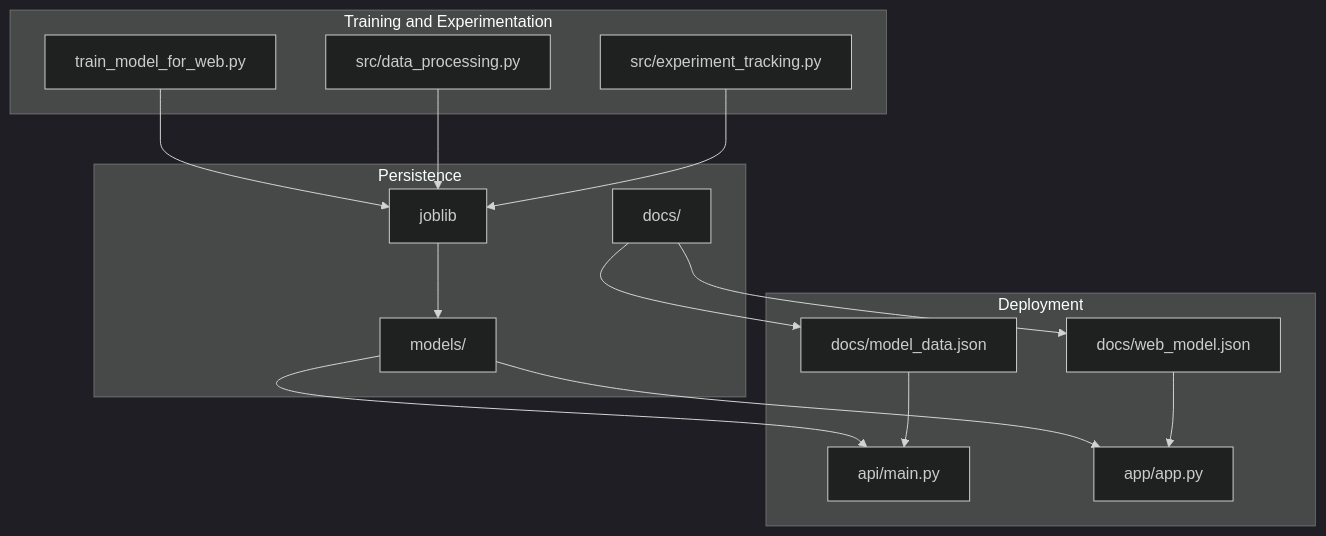
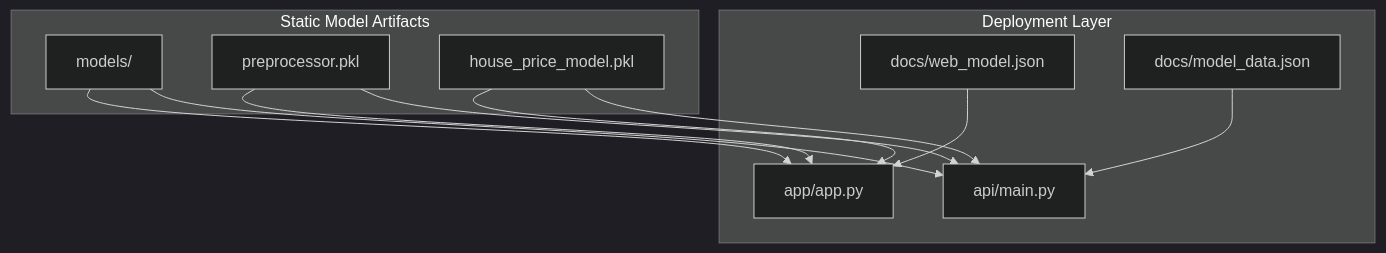
Before and after one commit to tashkirrr/housing-price-prediction: the first of 7 diagrams in .qoder/repowiki/en/content/Model Management.md, drawn with Mermaid (dark theme). The commit also changed other lines of this file and 9 other files, not shown here.

First line of the commit message:
refactor(docs): restructure docs for static website deployment

````diff
--- a/.qoder/repowiki/en/content/Model Management.md
+++ b/.qoder/repowiki/en/content/Model Management.md
@@ -51,29 +59,22 @@
 ```mermaid
 graph TB
-subgraph "Training and Experimentation"
-T1["train_model_for_web.py"]
-DP["src/data_processing.py"]
-ET["src/experiment_tracking.py"]
+subgraph "Static Model Artifacts"
+MODELS["models/"]
+PREPROC["preprocessor.pkl"]
+MODEL["house_price_model.pkl"]
 end
-subgraph "Persistence"
-JOB["joblib"]
-MODELS_DIR["models/"]
-DOCS["docs/"]
-end
-subgraph "Deployment"
+subgraph "Deployment Layer"
 API["api/main.py"]
 APP["app/app.py"]
 WEB["docs/web_model.json"]
 META["docs/model_data.json"]
 end
-T1 --> JOB
-DP --> JOB
-ET --> JOB
-JOB --> MODELS_DIR
-MODELS_DIR --> API
-MODELS_DIR --> APP
-DOCS --> WEB
-DOCS --> META
+MODELS --> API
+MODELS --> APP
 WEB --> APP
 META --> API
+PREPROC --> API
+PREPROC --> APP
+MODEL --> API
+MODEL --> APP
 ```
````
